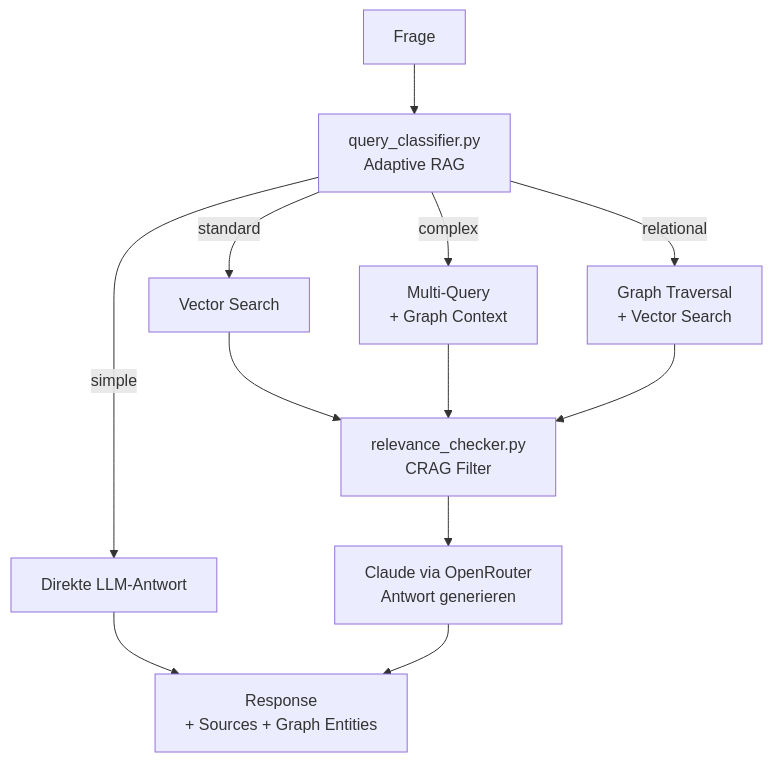
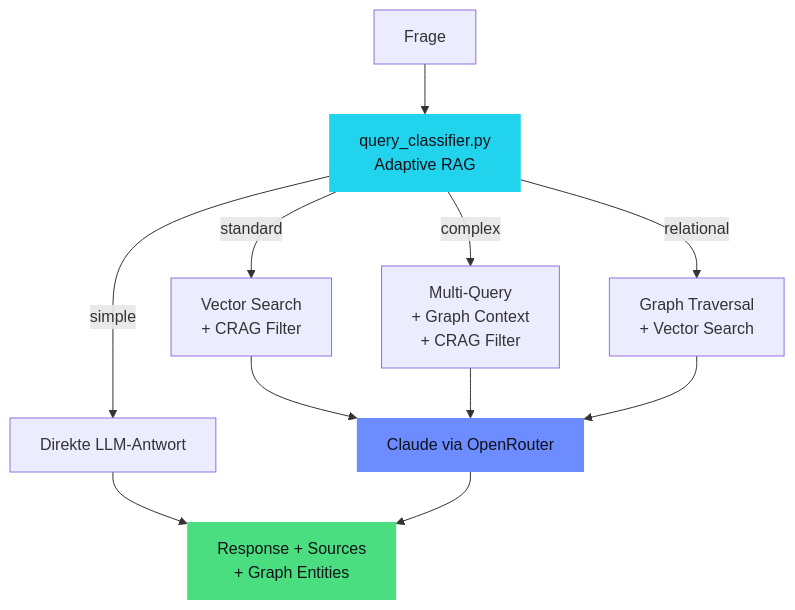
Before and after one commit to mj-deving/rag-hybrid-chatbot: the second of 3 diagrams in README.md, drawn with Mermaid. The commit also changed other lines of this file, not shown here.

Commit message:
docs: README overhaul — badges, TOC, styled Mermaid, routing table, API responses, versioned stack

````diff
--- a/README.md
+++ b/README.md
@@ -83,16 +99,18 @@
 ```mermaid
 flowchart TD
     Q[Frage] --> CL[query_classifier.py\nAdaptive RAG]
     CL -->|simple| S[Direkte LLM-Antwort]
-    CL -->|standard| ST[Vector Search]
-    CL -->|complex| CX[Multi-Query\n+ Graph Context]
+    CL -->|standard| ST[Vector Search\n+ CRAG Filter]
+    CL -->|complex| CX[Multi-Query\n+ Graph Context\n+ CRAG Filter]
     CL -->|relational| RL[Graph Traversal\n+ Vector Search]
 
-    ST --> CRAG[relevance_checker.py\nCRAG Filter]
-    CX --> CRAG
-    RL --> CRAG
+    S --> OUT[Response + Sources\n+ Graph Entities]
+    ST --> GEN[Claude via OpenRouter]
+    CX --> GEN
+    RL --> GEN
+    GEN --> OUT
 
-    CRAG --> GEN[Claude via OpenRouter\nAntwort generieren]
-    S --> OUT[Response\n+ Sources + Graph Entities]
-    GEN --> OUT
+    style CL fill:#22d3ee,color:#0f1117,stroke:none
+    style GEN fill:#6c8cff,color:#0f1117,stroke:none
+    style OUT fill:#4ade80,color:#0f1117,stroke:none
 ```
````
